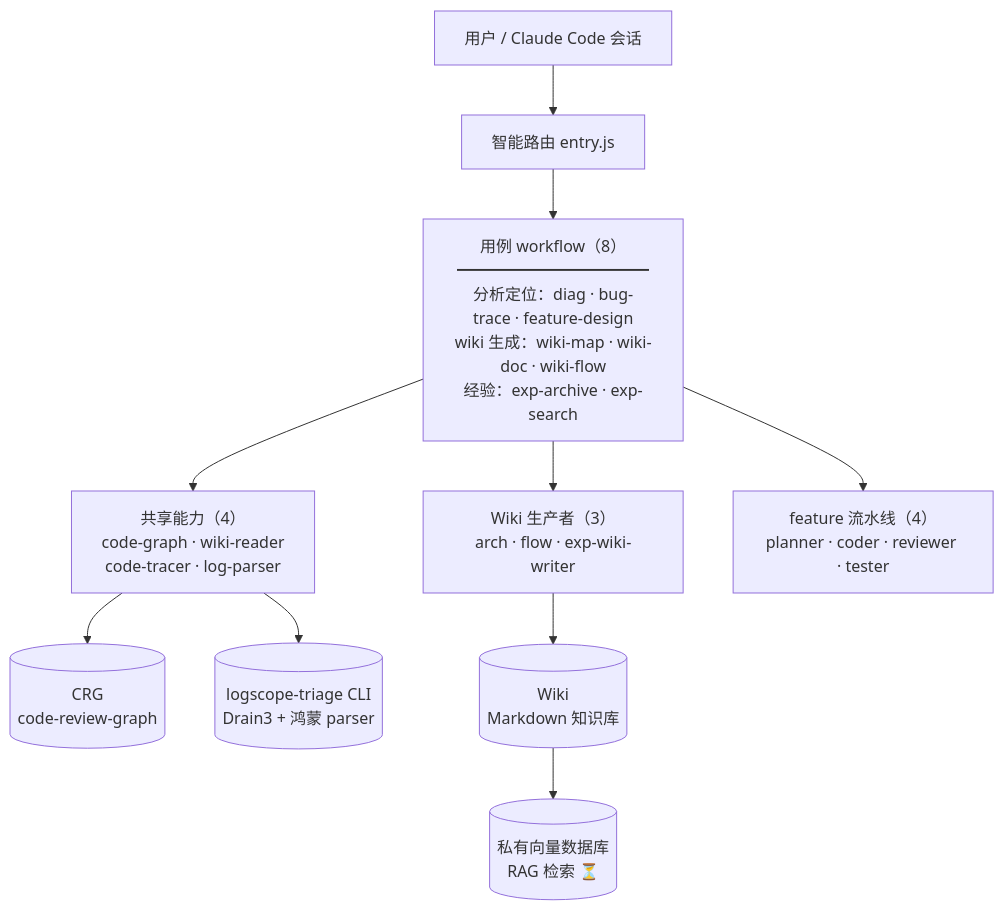
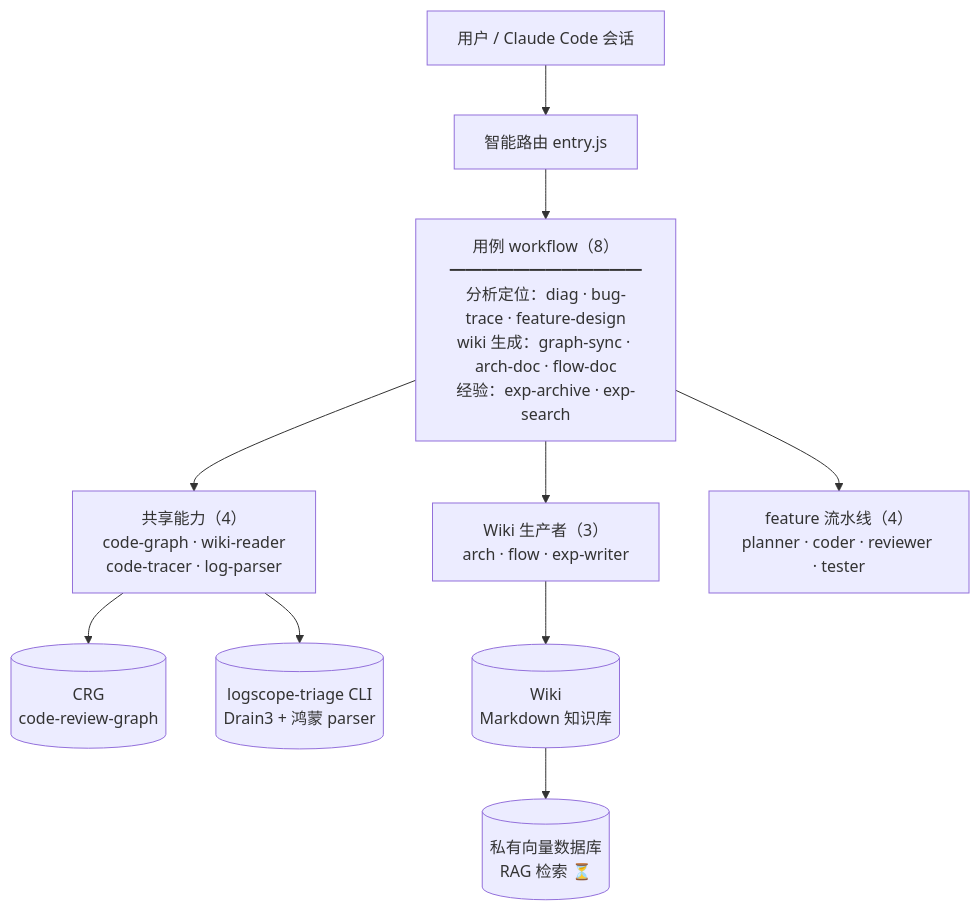
One commit to astronautJack/HiAgent changed the diagram in README.md. Above: the diagram before and after it, drawn with Mermaid. The commit also changed other lines of this file and 13 other files, not shown here.

Commit message:
rename: 消灭 wiki 词义混淆——arch/flow/exp-wiki-writer→*-writer，wiki-flow/doc/map→flow-doc/arch-doc/graph-sync；页类型 prose 改业务流页

````diff
--- a/README.md
+++ b/README.md
@@ -7,12 +7,12 @@
 ```mermaid
 flowchart TB
     Sess["用户 / Claude Code 会话"] --> Entry["智能路由 entry.js"]
-    Entry --> WFs["用例 workflow（8）<br/>━━━━━━━━━━━━<br/>分析定位：diag · bug-trace · feature-design<br/>wiki 生成：wiki-map · wiki-doc · wiki-flow<br/>经验：exp-archive · exp-search"]
+    Entry --> WFs["用例 workflow（8）<br/>━━━━━━━━━━━━<br/>分析定位：diag · bug-trace · feature-design<br/>wiki 生成：graph-sync · arch-doc · flow-doc<br/>经验：exp-archive · exp-search"]
     WFs --> Shared["共享能力（4）<br/>code-graph · wiki-reader<br/>code-tracer · log-parser"]
-    WFs --> Producers["Wiki 生产者（3）<br/>arch · flow · exp-wiki-writer"]
+    WFs --> Producers["Wiki 生产者（3）<br/>arch · flow · exp-writer"]
     WFs --> Pipeline["feature 流水线（4）<br/>planner · coder · reviewer · tester"]
     Shared --> CRG[("CRG<br/>code-review-graph")]
     Shared --> CLI[("logscope-triage CLI<br/>Drain3 + 鸿蒙 parser")]
     Producers --> Wiki[("Wiki<br/>Markdown 知识库")]
     Wiki --> ATH[("私有向量数据库<br/>RAG 检索 ⏳")]
 ```
````
